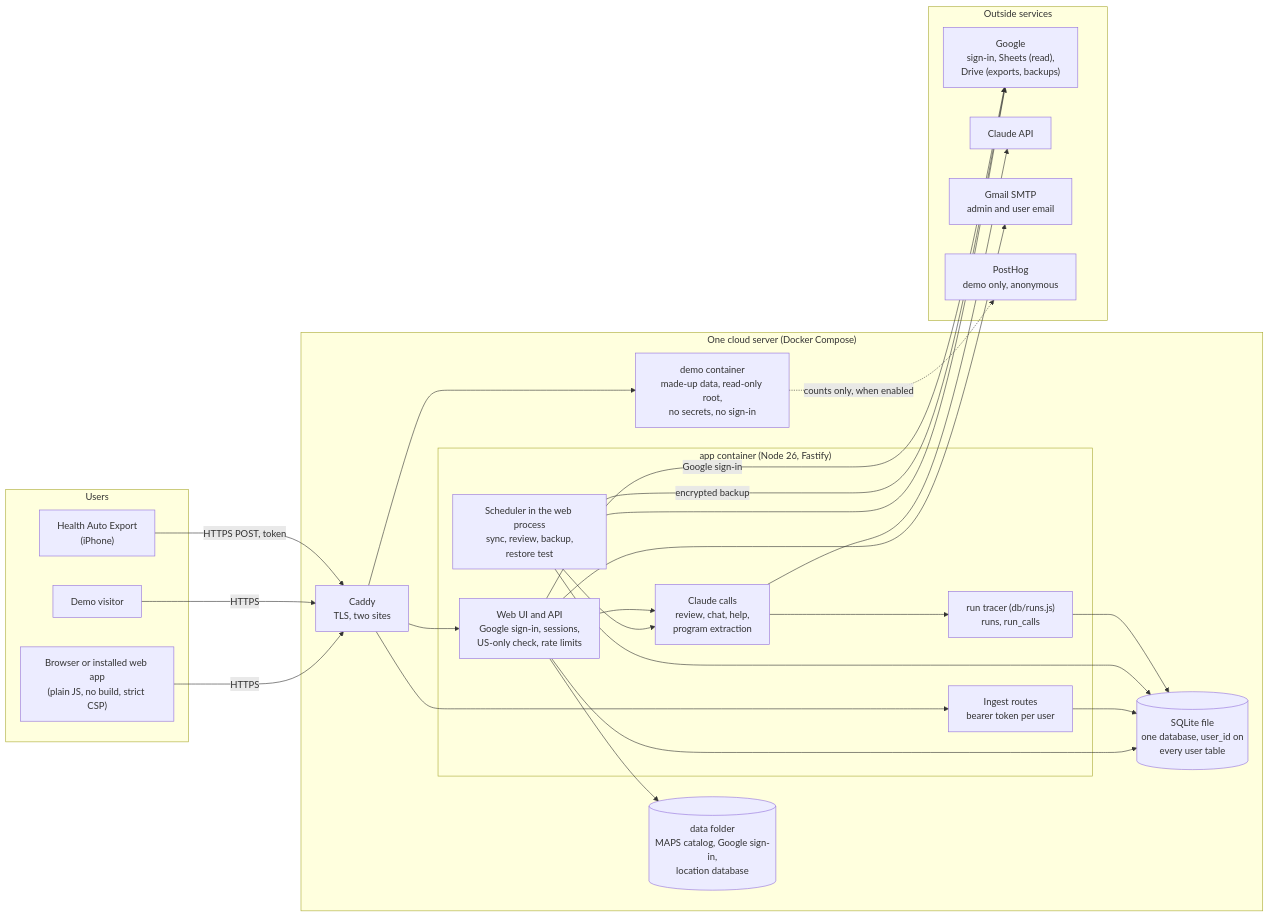
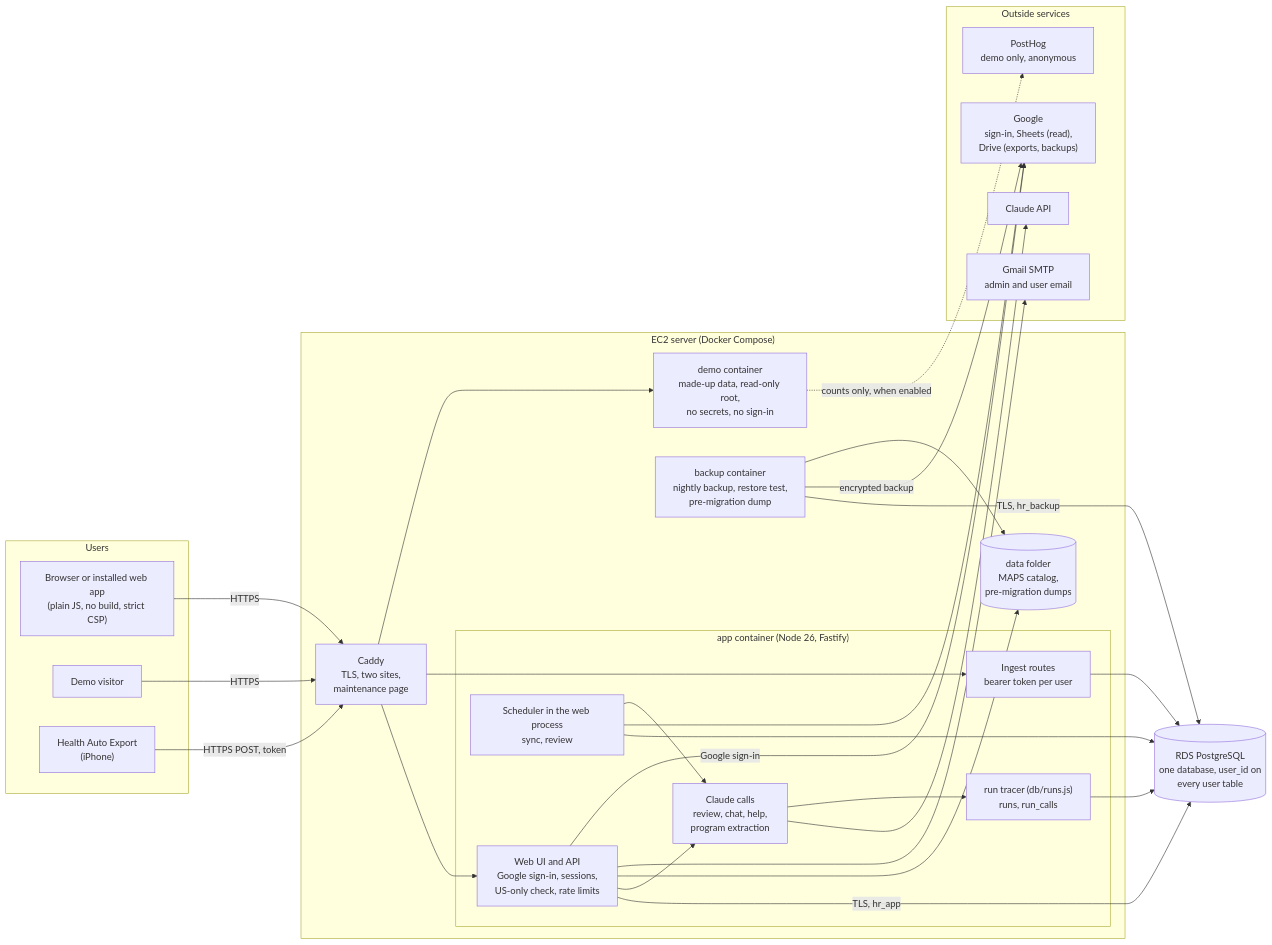
The diagram in docs/architecture/current.md (scottmroth5/Health-Review), drawn with Mermaid before and after one commit. The commit also changed other lines of this file and 7 other files, not shown here.

````diff
--- a/docs/architecture/current.md
+++ b/docs/architecture/current.md
@@ -6,50 +8,53 @@
 ```mermaid
 flowchart LR
   subgraph Users
     B["Browser or installed web app<br/>(plain JS, no build, strict CSP)"]
     V["Demo visitor"]
     HAE["Health Auto Export<br/>(iPhone)"]
   end
 
-  subgraph Server["One cloud server (Docker Compose)"]
-    C["Caddy<br/>TLS, two sites"]
+  subgraph Server["EC2 server (Docker Compose)"]
+    C["Caddy<br/>TLS, two sites,<br/>maintenance page"]
     subgraph App["app container (Node 26, Fastify)"]
       W["Web UI and API<br/>Google sign-in, sessions,<br/>US-only check, rate limits"]
       I["Ingest routes<br/>bearer token per user"]
-      S["Scheduler in the web process<br/>sync, review, backup,<br/>restore test"]
+      S["Scheduler in the web process<br/>sync, review"]
       AI["Claude calls<br/>review, chat, help,<br/>program extraction"]
       T["run tracer (db/runs.js)<br/>runs, run_calls"]
     end
+    BK["backup container<br/>nightly backup, restore test,<br/>pre-migration dump"]
     D["demo container<br/>made-up data, read-only root,<br/>no secrets, no sign-in"]
-    DB[("SQLite file<br/>one database, user_id on<br/>every user table")]
-    F[("data folder<br/>MAPS catalog, Google sign-in,<br/>location database")]
+    F[("data folder<br/>MAPS catalog,<br/>pre-migration dumps")]
   end
+  DB[("RDS PostgreSQL<br/>one database, user_id on<br/>every user table")]
 
   subgraph Outside["Outside services"]
     G["Google<br/>sign-in, Sheets (read),<br/>Drive (exports, backups)"]
     CL["Claude API"]
     M["Gmail SMTP<br/>admin and user email"]
     PH["PostHog<br/>demo only, anonymous"]
   end
 
   B -->|HTTPS| C
   V -->|HTTPS| C
   HAE -->|"HTTPS POST, token"| C
   C --> W
   C --> I
   C --> D
-  W --> DB
+  W -->|"TLS, hr_app"| DB
   I --> DB
   S --> DB
+  BK -->|"TLS, hr_backup"| DB
   S --> G
   S --> AI
   W --> AI
   AI --> CL
   AI --> T
   T --> DB
   W --> F
-  S -->|"encrypted backup"| G
+  BK -->|"encrypted backup"| G
+  BK --> F
   W --> M
   W -->|"Google sign-in"| G
   D -.->|"counts only, when enabled"| PH
 ```
````
